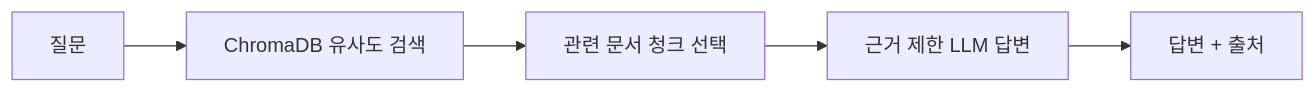
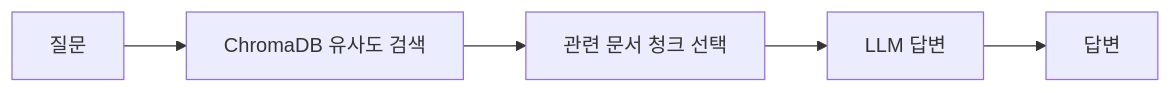
One commit to knu-2026-summer-main-enhancement/finance-doc-agent changed the third of 14 diagrams in README.md. Above: the diagram before and after it, drawn with Mermaid. The commit also changed other lines of this file, not shown here.

````diff
--- a/README.md
+++ b/README.md
@@ -81,7 +77,7 @@
 ```mermaid
 flowchart LR
     Q[질문] --> S[ChromaDB 유사도 검색]
     S --> C[관련 문서 청크 선택]
-    C --> L[근거 제한 LLM 답변]
-    L --> A[답변 + 출처]
+    C --> L[LLM 답변]
+    L --> A[답변]
 ```
````
